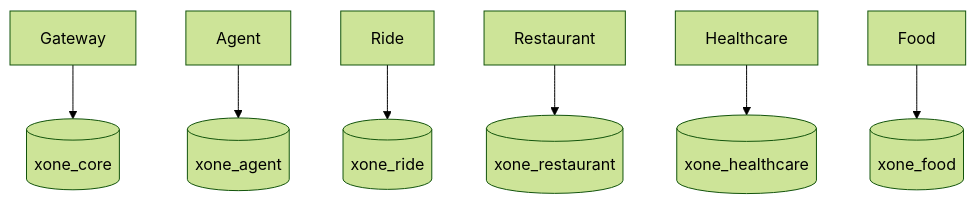
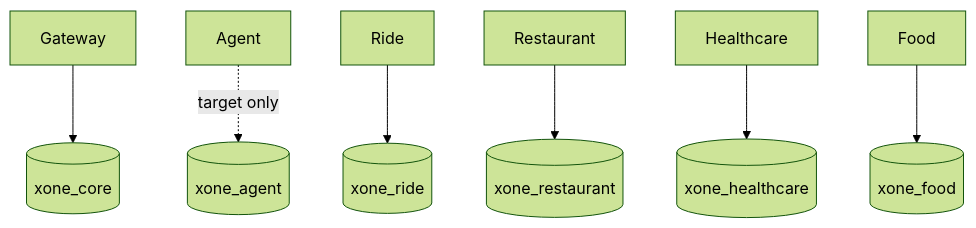
The diagram in docs/architecture/data-architecture.md (codecuatai/P-018), drawn with Mermaid (forest theme) before and after one commit. The commit also changed other lines of this file and 33 other files, not shown here.

````diff
--- a/docs/architecture/data-architecture.md
+++ b/docs/architecture/data-architecture.md
@@ -5,9 +5,9 @@
 ```mermaid
 flowchart TB
   Gateway --> Core[(xone_core)]
-  Agent --> AgentDb[(xone_agent)]
+  Agent -. target only .-> AgentDb[(xone_agent)]
   Ride --> RideDb[(xone_ride)]
   Restaurant --> RestaurantDb[(xone_restaurant)]
   Healthcare --> HealthcareDb[(xone_healthcare)]
   Food --> FoodDb[(xone_food)]
 ```
````
